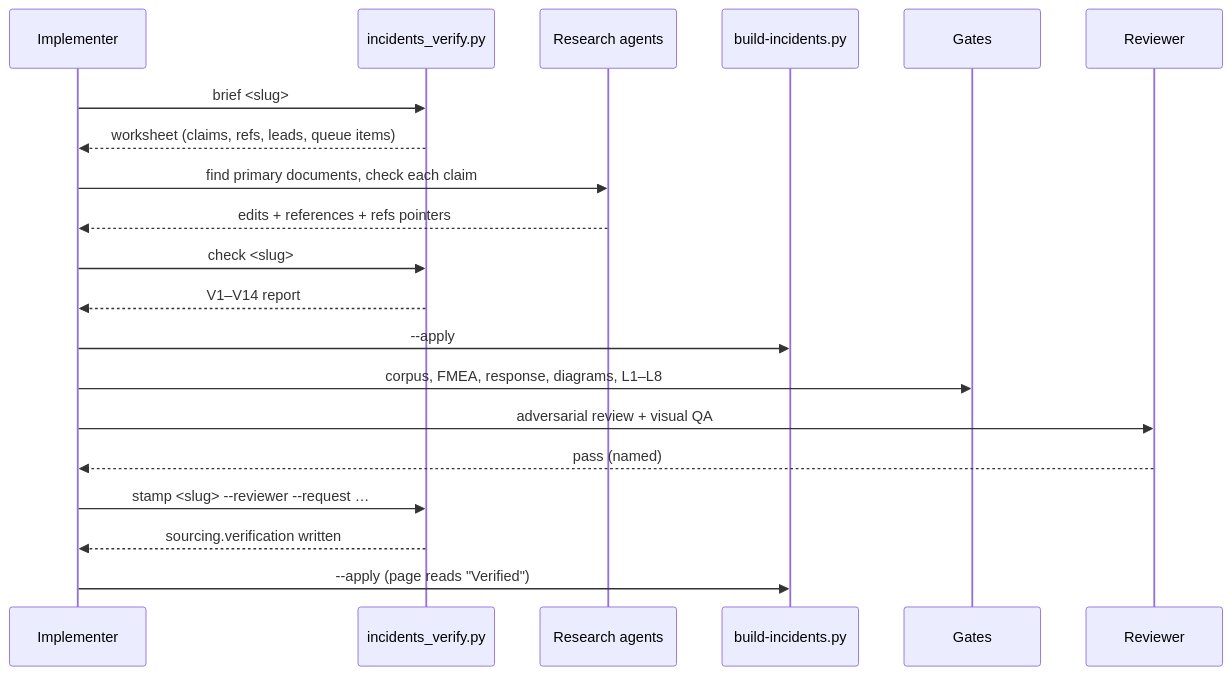
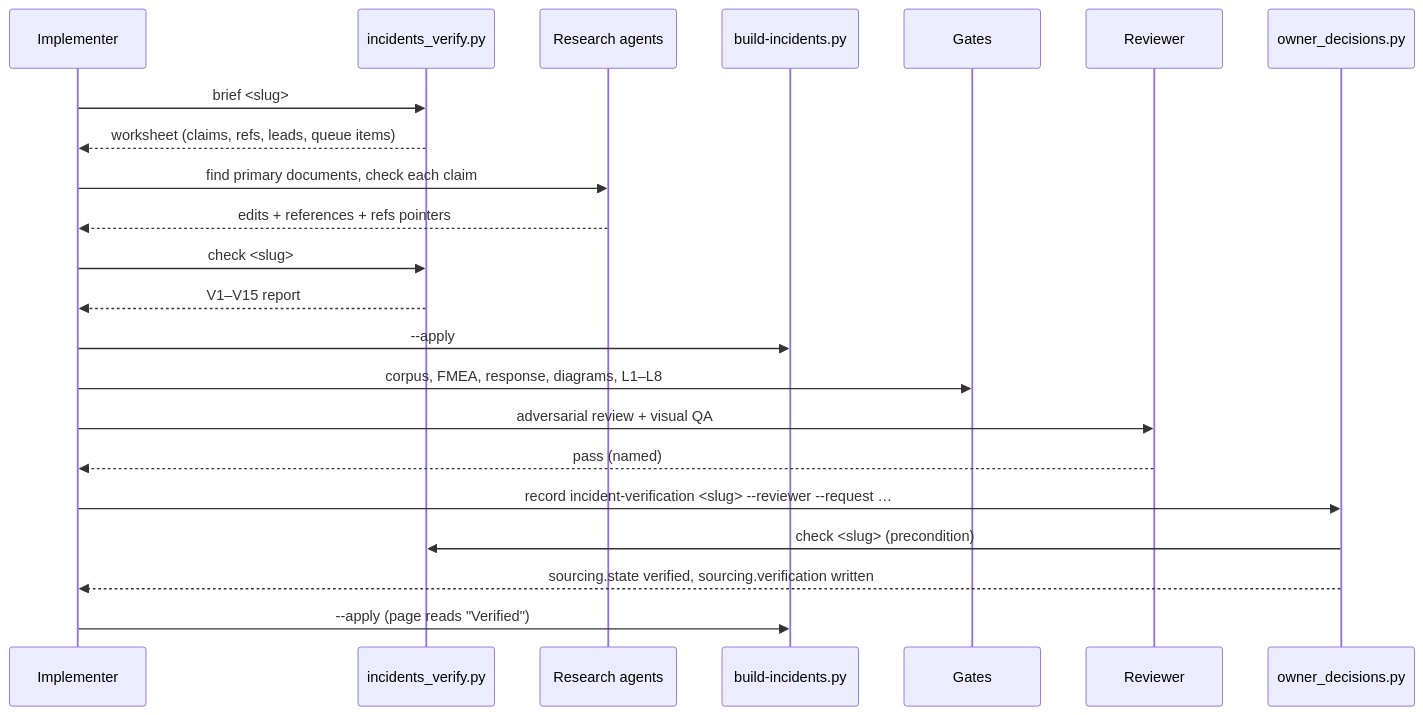
The fourth of 4 diagrams in documentation/product-transformation/02-prds/PRD-Q09/PRD.md (baguspermana7-cpu/bfrfranco.github.io), drawn with Mermaid before and after one commit. The commit also changed other lines of this file and 9 other files, not shown here.

````diff
--- a/documentation/product-transformation/02-prds/PRD-Q09/PRD.md
+++ b/documentation/product-transformation/02-prds/PRD-Q09/PRD.md
@@ -923,22 +954,24 @@
 ```mermaid
 sequenceDiagram
   participant I as Implementer
   participant V as incidents_verify.py
   participant W as Research agents
   participant B as build-incidents.py
   participant Q as Gates
   participant Rv as Reviewer
+  participant OD as owner_decisions.py
   I->>V: brief <slug>
   V-->>I: worksheet (claims, refs, leads, queue items)
   I->>W: find primary documents, check each claim
   W-->>I: edits + references + refs pointers
   I->>V: check <slug>
-  V-->>I: V1–V14 report
+  V-->>I: V1–V15 report
   I->>B: --apply
   I->>Q: corpus, FMEA, response, diagrams, L1–L8
   I->>Rv: adversarial review + visual QA
   Rv-->>I: pass (named)
-  I->>V: stamp <slug> --reviewer --request …
-  V-->>I: sourcing.verification written
+  I->>OD: record incident-verification <slug> --reviewer --request …
+  OD->>V: check <slug> (precondition)
+  OD-->>I: sourcing.state verified, sourcing.verification written
   I->>B: --apply (page reads "Verified")
 ```
````
